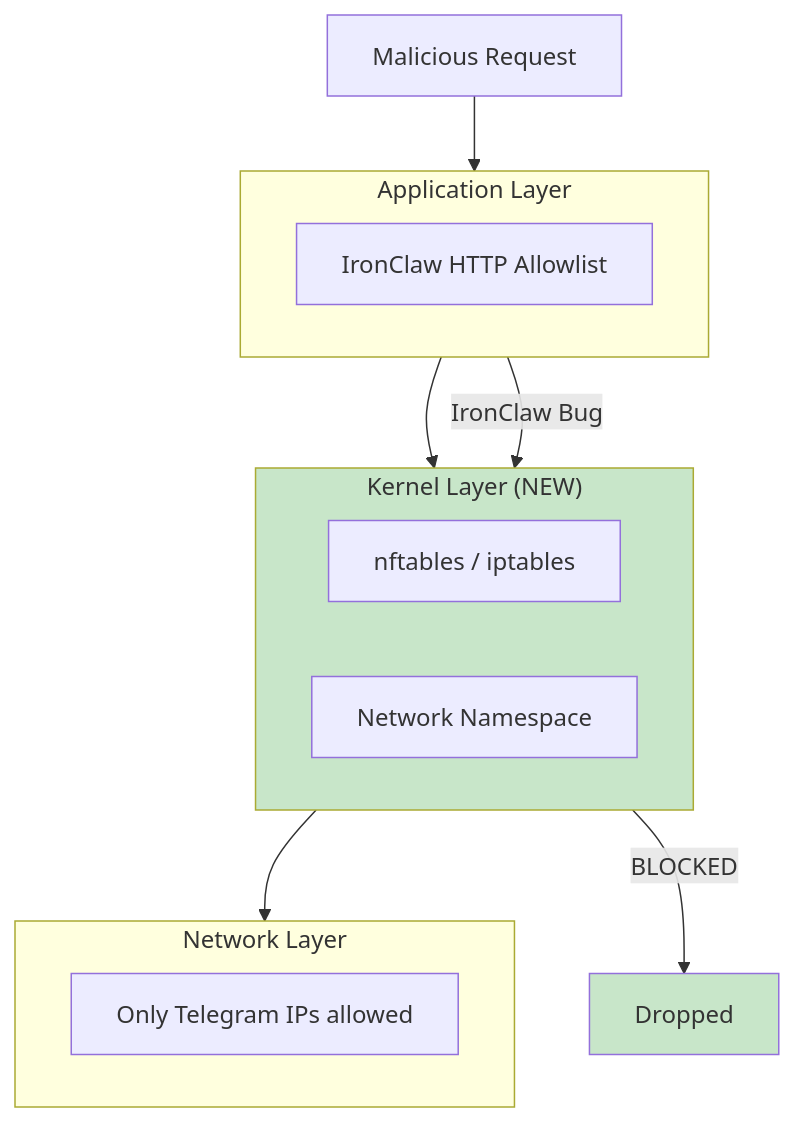
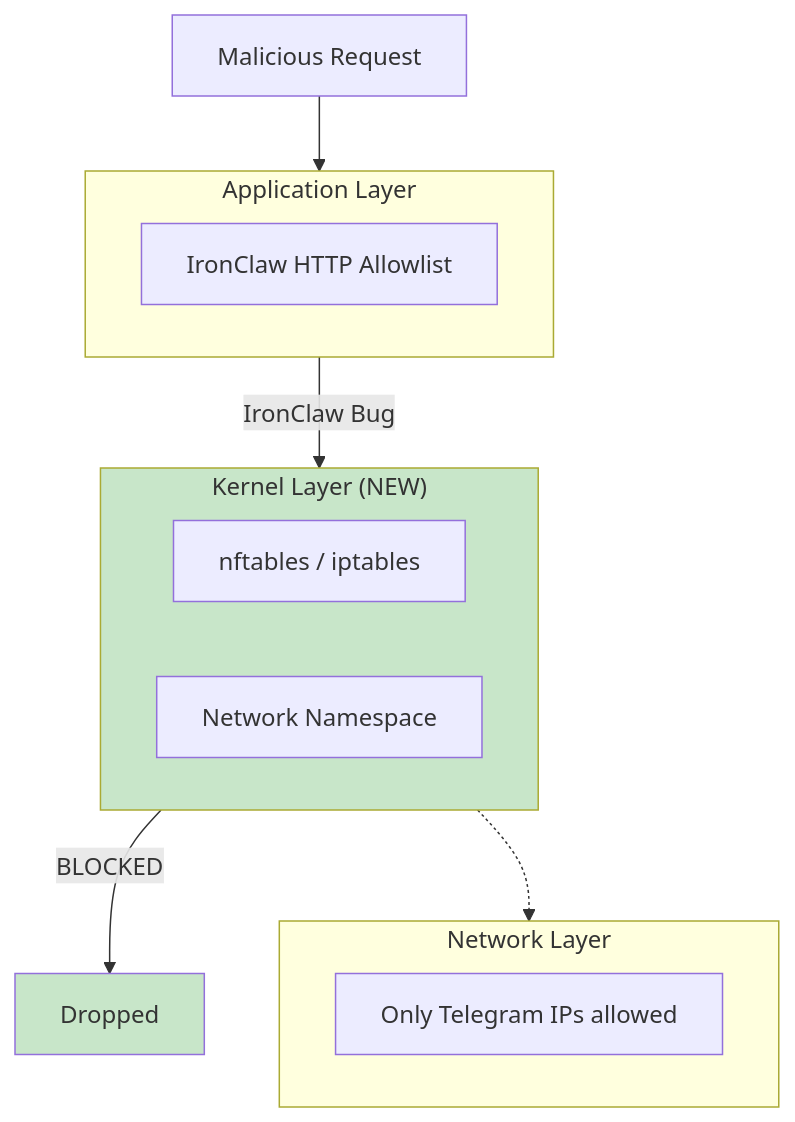
One commit to obheda12/telenad changed the second of 3 diagrams in ironclaw-deployment/docs/FUTURE_STATE_PLAN.md. Above: the diagram before and after it, drawn with Mermaid. The commit also changed 1 other file, not shown here.

Commit message:
Fix rendering issues in remaining Mermaid diagrams
Remove disconnected orphan node in prompt injection flowchart and
fix duplicate edge between App and Kernel in defense layers diagram.

````diff
--- a/ironclaw-deployment/docs/FUTURE_STATE_PLAN.md
+++ b/ironclaw-deployment/docs/FUTURE_STATE_PLAN.md
@@ -224,24 +224,23 @@
 ```mermaid
 flowchart TB
     subgraph App["Application Layer"]
         A1["IronClaw HTTP Allowlist"]
     end
 
     subgraph Kernel["Kernel Layer (NEW)"]
         K1["nftables / iptables"]
         K2["Network Namespace"]
     end
 
     subgraph Network["Network Layer"]
         N1["Only Telegram IPs allowed"]
     end
 
-    App --> Kernel --> Network
-
     Attack["Malicious Request"] --> App
     App -->|"IronClaw Bug"| Kernel
     Kernel -->|"BLOCKED"| Drop["Dropped"]
+    Kernel -.-> Network
 
     style Kernel fill:#c8e6c9
     style Drop fill:#c8e6c9
 ```
````
